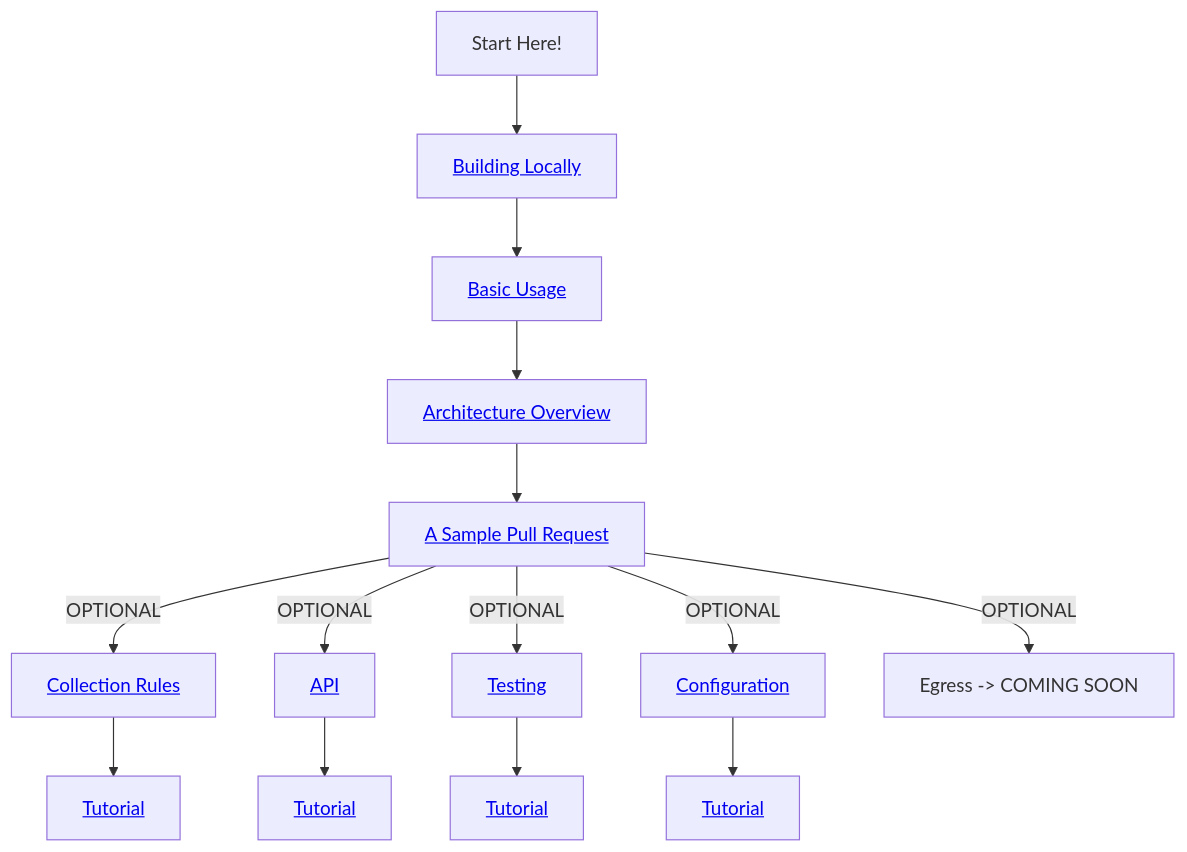
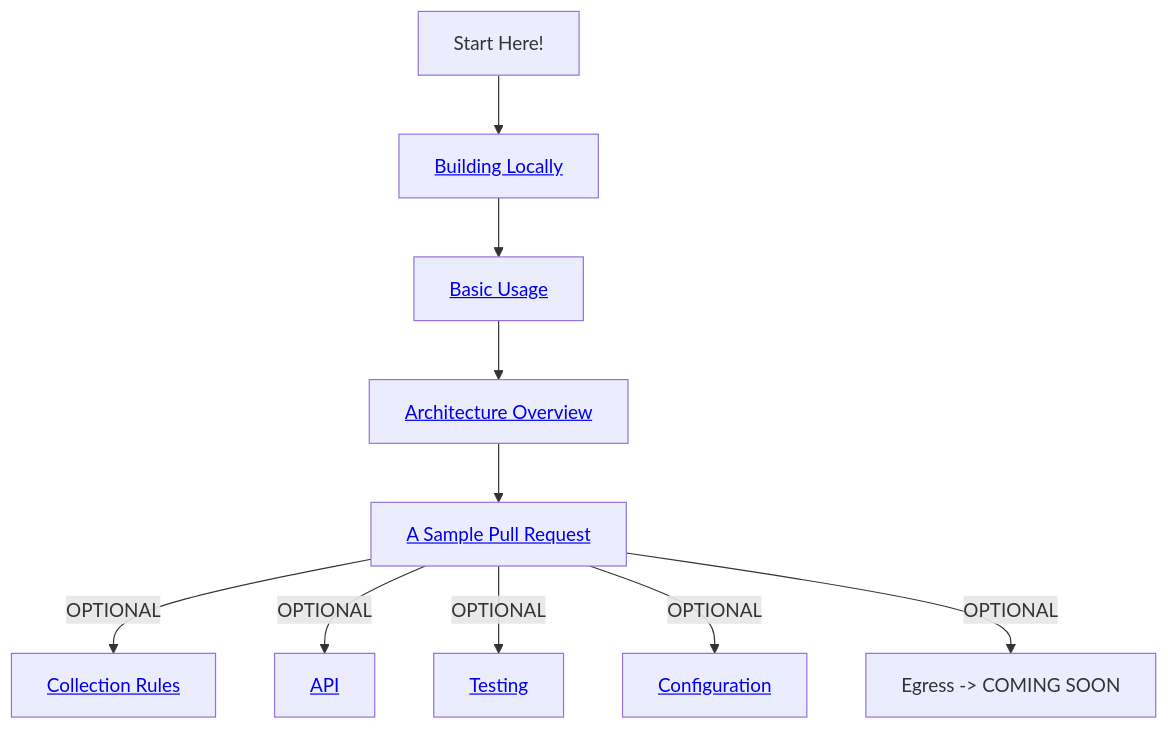
The diagram in documentation/learningPath/README.md (dotnet/dotnet-monitor), drawn with Mermaid before and after one commit.

````diff
--- a/documentation/learningPath/README.md
+++ b/documentation/learningPath/README.md
@@ -8,16 +8,12 @@
 ```mermaid
 graph TD
     B[Start Here!] --> C[<a href='https://github.com/dotnet/dotnet-monitor/blob/main/documentation/building.md'>Building Locally</a>]
     C --> D[<a href='https://github.com/kkeirstead/dotnet-monitor/blob/kkeirstead/LearningPath/documentation/learningPath/basic-usage.md'>Basic Usage</a>]
     D --> E[<a href='https://github.com/kkeirstead/dotnet-monitor/blob/kkeirstead/LearningPath/documentation/learningPath/architecture.md'>Architecture Overview</a>]
     E --> G[<a href='https://github.com/kkeirstead/dotnet-monitor/blob/kkeirstead/LearningPath/documentation/learningPath/sample-pull-request.md'>A Sample Pull Request</a>]
     G --> |OPTIONAL| H[<a href='https://github.com/kkeirstead/dotnet-monitor/blob/kkeirstead/LearningPath/documentation/learningPath/collectionrules.md'>Collection Rules</a>]
     G --> |OPTIONAL| I[<a href='https://github.com/kkeirstead/dotnet-monitor/blob/kkeirstead/LearningPath/documentation/learningPath/api.md'>API</a>]
     G --> |OPTIONAL| J["<a href='https://github.com/kkeirstead/dotnet-monitor/blob/kkeirstead/LearningPath/documentation/learningPath/testing.md'>Testing</a>"]
     G --> |OPTIONAL| K["<a href='https://github.com/kkeirstead/dotnet-monitor/blob/kkeirstead/LearningPath/documentation/learningPath/configuration.md'>Configuration</a>"]
     G --> |OPTIONAL| L[Egress -> COMING SOON]
-    H --> Q[<a href='https://github.com/kkeirstead/dotnet-monitor/blob/kkeirstead/LearningPath/documentation/learningPath/tutorials/update-a-collection-rule.md'>Tutorial</a>]
-    I --> R[<a href='https://github.com/kkeirstead/dotnet-monitor/blob/kkeirstead/LearningPath/documentation/learningPath/tutorials/update-api-endpoint.md'>Tutorial</a>]
-    J --> S[<a href='https://github.com/kkeirstead/dotnet-monitor/blob/kkeirstead/LearningPath/documentation/learningPath/tutorials/update-configuration.md'>Tutorial</a>]
-    K --> T[<a href='https://github.com/kkeirstead/dotnet-monitor/blob/kkeirstead/LearningPath/documentation/learningPath/tutorials/update-testing.md'>Tutorial</a>]
 ```
````
